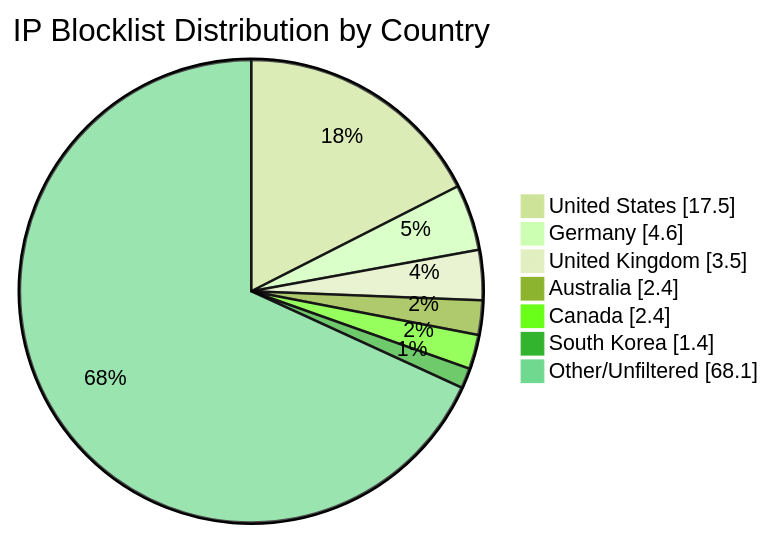
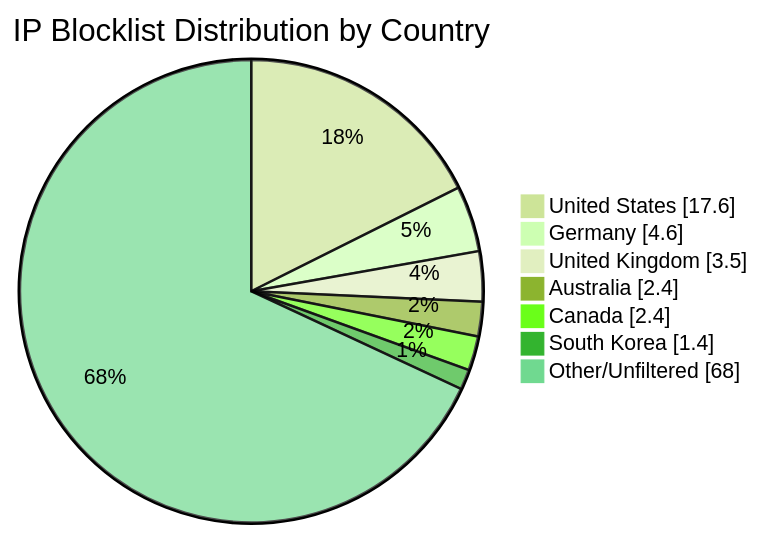
The diagram in README.md (MarcusHoltz/ipblocklist-geofiltered-aggregator), drawn with Mermaid (forest theme) before and after one commit. The commit also changed other lines of this file and 9 other files, not shown here.

````diff
--- a/README.md
+++ b/README.md
@@ -34,10 +34,10 @@
 ```mermaid
 pie showData title IP Blocklist Distribution by Country
-"United States" : 17.5
+"United States" : 17.6
 "Germany" : 4.6
 "United Kingdom" : 3.5
 "Australia" : 2.4
 "Canada" : 2.4
 "South Korea" : 1.4
-"Other/Unfiltered" : 68.1
+"Other/Unfiltered" : 68.0
 ```
````
